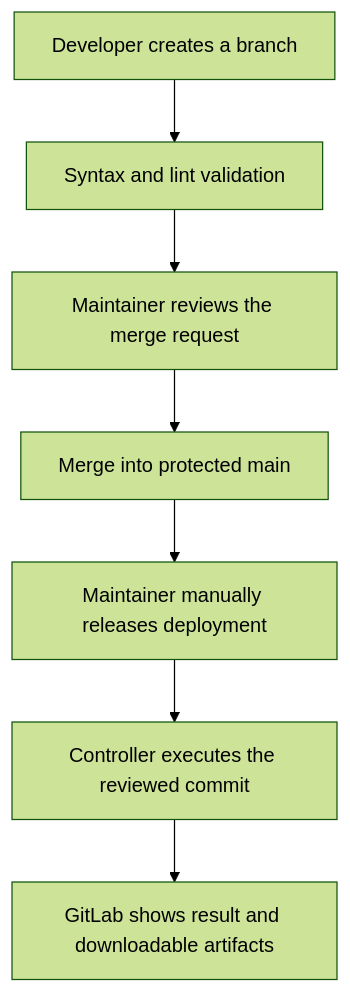
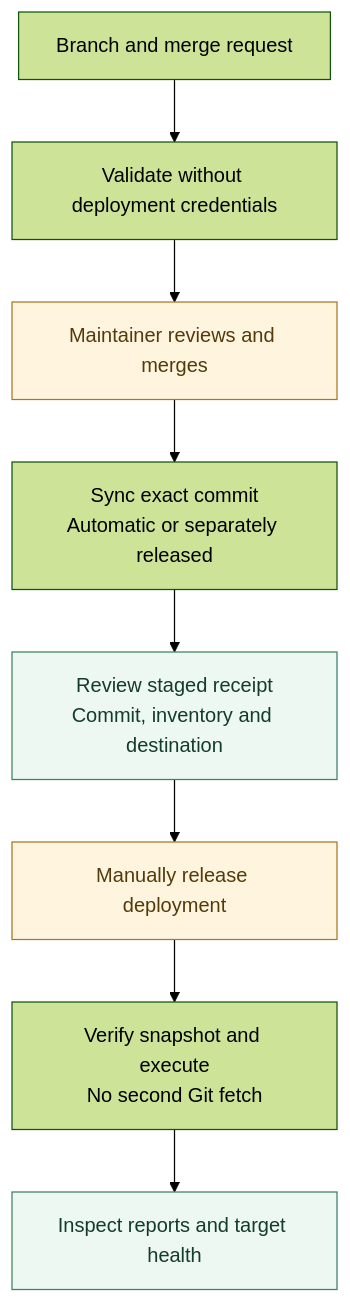
One commit to allamiro/ansible-controller changed the diagram in gitlab/diagrams/workflow.mmd. Above: the diagram before and after it, drawn with Mermaid (forest theme). The commit also changed 40 other files, not shown here.

First line of the commit message:
docs: simplify README and document GitLab project lifecycle (#122)

```diff
--- a/gitlab/diagrams/workflow.mmd
+++ b/gitlab/diagrams/workflow.mmd
@@ -1,7 +1,14 @@
 flowchart TB
-    B["Developer creates a branch"] --> V["Syntax and lint validation"]
-    V --> R["Maintainer reviews the merge request"]
-    R --> M["Merge into protected main"]
-    M --> P["Maintainer manually releases deployment"]
-    P --> X["Controller executes the reviewed commit"]
-    X --> A["GitLab shows result and downloadable artifacts"]
+    accTitle: Reviewed sync and execution
+    accDescr: For mesh and the reusable project template, review and merge precede sync. Sync can require its own manual release. Execution always has a separate manual release and verifies the staged snapshot.
+    B["Branch and merge request"] --> V["Validate without deployment credentials"]
+    V --> R["Maintainer reviews and merges"]
+    R --> S["Sync exact commit<br/>Automatic or separately released"]
+    S --> H["Review staged receipt<br/>Commit, inventory and destination"]
+    H --> P["Manually release deployment"]
+    P --> X["Verify snapshot and execute<br/>No second Git fetch"]
+    X --> A["Inspect reports and target health"]
+    classDef approval fill:#fff5df,stroke:#a77822,color:#533a0b
+    classDef result fill:#edf8f2,stroke:#3d8164,color:#143b2b
+    class R,P approval
+    class H,A result
```
